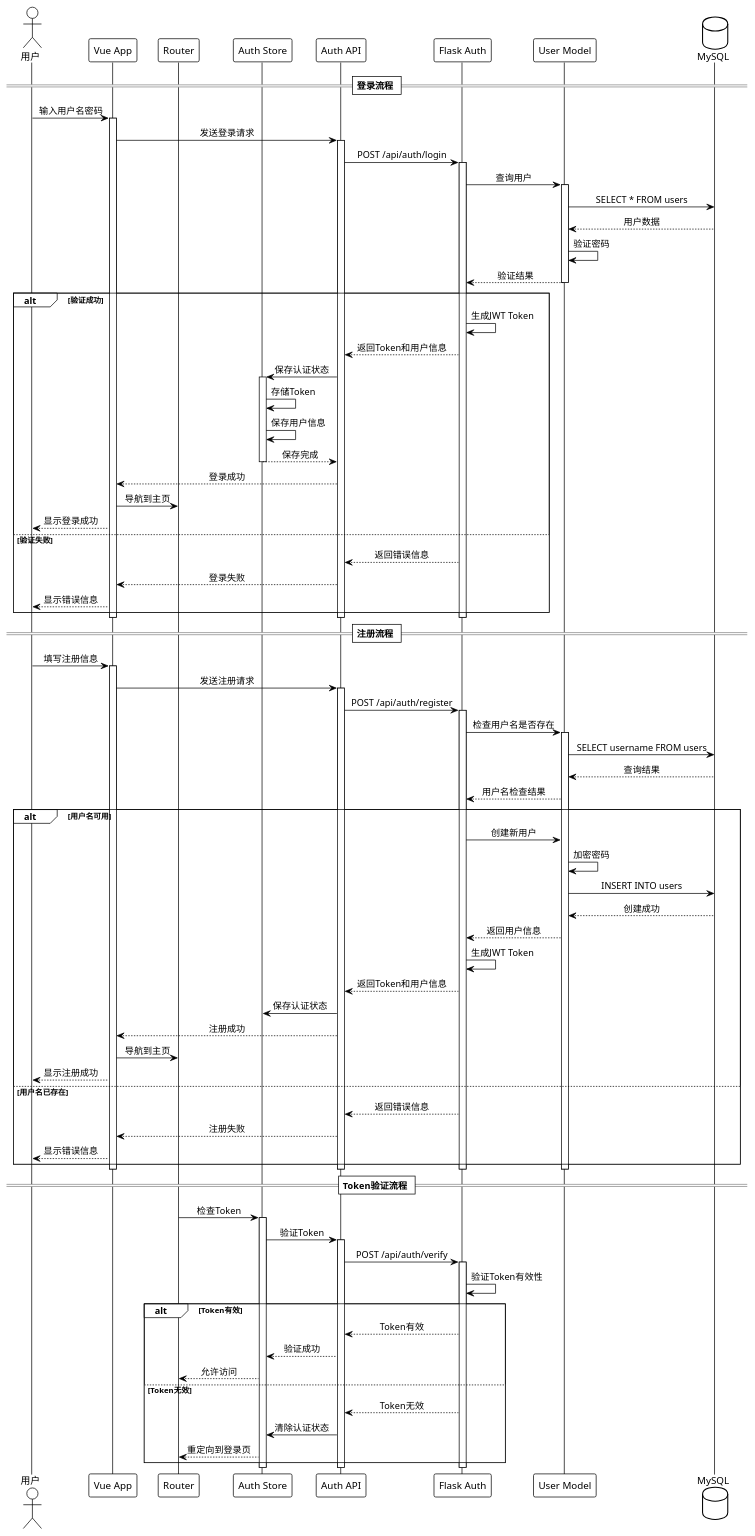
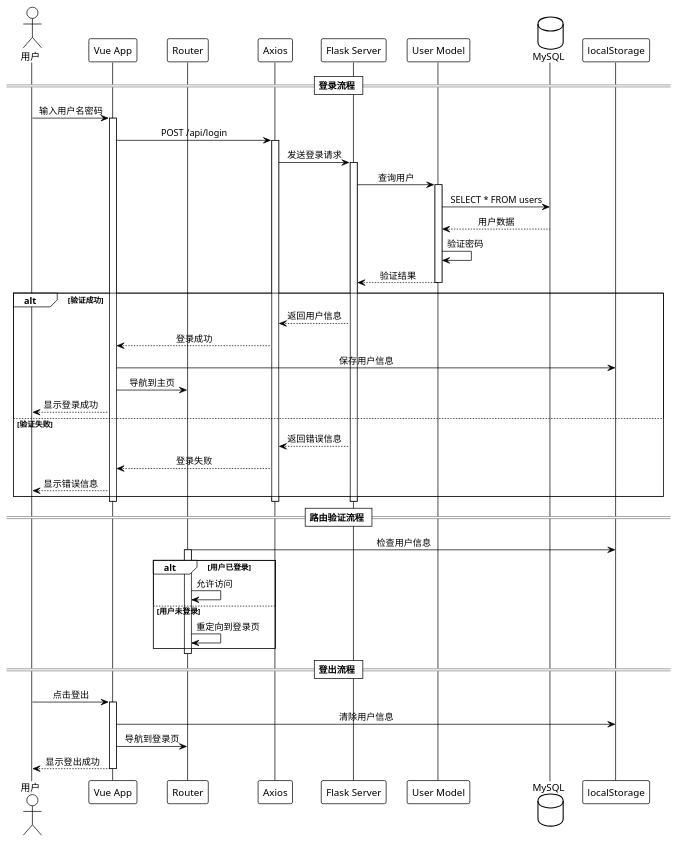
One commit to sukeroV/ks_ changed the diagram in 认证流程时序图.puml. Above: the diagram before and after it, drawn with PlantUML. The commit also changed 12 other files, not shown here.

Commit message:
最终6-UML--未测试

```diff
--- a/认证流程时序图.puml
+++ b/认证流程时序图.puml
@@ -1,108 +1,63 @@
 @startuml 用户认证流程
 
 !theme plain
 skinparam backgroundColor white
 skinparam sequenceMessageAlign center
 
 actor "用户" as user
 participant "Vue App" as app
 participant "Router" as router
-participant "Auth Store" as auth_store
-participant "Auth API" as auth_api
-participant "Flask Auth" as auth_server
+participant "Axios" as axios
+participant "Flask Server" as server
 participant "User Model" as user_model
 database "MySQL" as db
 
 == 登录流程 ==
 user -> app: 输入用户名密码
 activate app
-app -> auth_api: 发送登录请求
-activate auth_api
-auth_api -> auth_server: POST /api/auth/login
-activate auth_server
-auth_server -> user_model: 查询用户
+app -> axios: POST /api/login
+activate axios
+axios -> server: 发送登录请求
+activate server
+server -> user_model: 查询用户
 activate user_model
 user_model -> db: SELECT * FROM users
 db --> user_model: 用户数据
 user_model -> user_model: 验证密码
-user_model --> auth_server: 验证结果
+user_model --> server: 验证结果
 deactivate user_model
 
 alt 验证成功
-    auth_server -> auth_server: 生成JWT Token
-    auth_server --> auth_api: 返回Token和用户信息
-    auth_api -> auth_store: 保存认证状态
-    activate auth_store
-    auth_store -> auth_store: 存储Token
-    auth_store -> auth_store: 保存用户信息
-    auth_store --> auth_api: 保存完成
-    deactivate auth_store
-    auth_api --> app: 登录成功
+    server --> axios: 返回用户信息
+    axios --> app: 登录成功
+    app -> localStorage: 保存用户信息
     app -> router: 导航到主页
     app --> user: 显示登录成功
 else 验证失败
-    auth_server --> auth_api: 返回错误信息
-    auth_api --> app: 登录失败
+    server --> axios: 返回错误信息
+    axios --> app: 登录失败
     app --> user: 显示错误信息
 end
-deactivate auth_server
-deactivate auth_api
+deactivate server
+deactivate axios
 deactivate app
 
-== 注册流程 ==
-user -> app: 填写注册信息
+== 路由验证流程 ==
+router -> localStorage: 检查用户信息
+activate router
+alt 用户已登录
+    router -> router: 允许访问
+else 用户未登录
+    router -> router: 重定向到登录页
+end
+deactivate router
+
+== 登出流程 ==
+user -> app: 点击登出
 activate app
-app -> auth_api: 发送注册请求
-activate auth_api
-auth_api -> auth_server: POST /api/auth/register
-activate auth_server
-auth_server -> user_model: 检查用户名是否存在
-activate user_model
-user_model -> db: SELECT username FROM users
-db --> user_model: 查询结果
-user_model --> auth_server: 用户名检查结果
-
-alt 用户名可用
-    auth_server -> user_model: 创建新用户
-    user_model -> user_model: 加密密码
-    user_model -> db: INSERT INTO users
-    db --> user_model: 创建成功
-    user_model --> auth_server: 返回用户信息
-    auth_server -> auth_server: 生成JWT Token
-    auth_server --> auth_api: 返回Token和用户信息
-    auth_api -> auth_store: 保存认证状态
-    auth_api --> app: 注册成功
-    app -> router: 导航到主页
-    app --> user: 显示注册成功
-else 用户名已存在
-    auth_server --> auth_api: 返回错误信息
-    auth_api --> app: 注册失败
-    app --> user: 显示错误信息
-end
-deactivate user_model
-deactivate auth_server
-deactivate auth_api
+app -> localStorage: 清除用户信息
+app -> router: 导航到登录页
+app --> user: 显示登出成功
 deactivate app
 
-== Token验证流程 ==
-router -> auth_store: 检查Token
-activate auth_store
-auth_store -> auth_api: 验证Token
-activate auth_api
-auth_api -> auth_server: POST /api/auth/verify
-activate auth_server
-auth_server -> auth_server: 验证Token有效性
-alt Token有效
-    auth_server --> auth_api: Token有效
-    auth_api --> auth_store: 验证成功
-    auth_store --> router: 允许访问
-else Token无效
-    auth_server --> auth_api: Token无效
-    auth_api -> auth_store: 清除认证状态
-    auth_store --> router: 重定向到登录页
-end
-deactivate auth_server
-deactivate auth_api
-deactivate auth_store
-
 @enduml 
```
